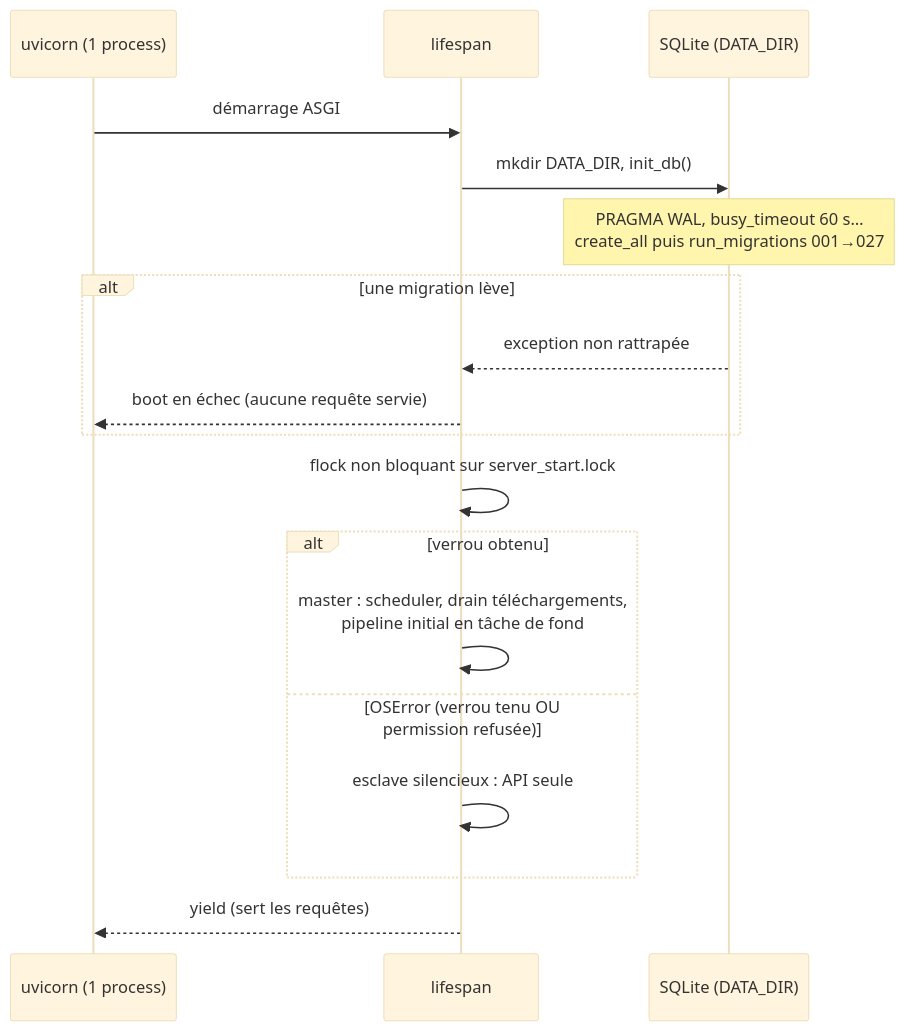
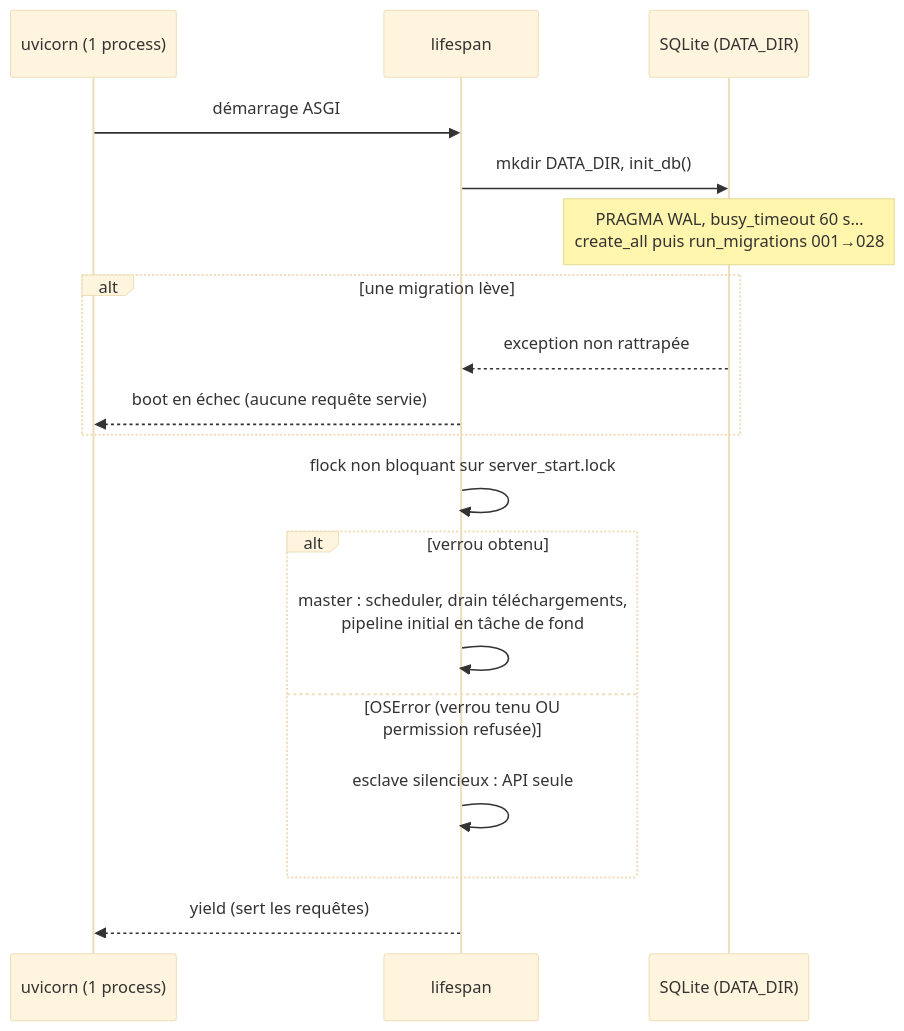
The third of 3 diagrams in docs/retro-spec/technique/build-release.md (ChakirHamzaChahid/Plexhub-Backend), drawn with Mermaid (base theme) before and after one commit. The commit also changed other lines of this file and 8 other files, not shown here.

````diff
--- a/docs/retro-spec/technique/build-release.md
+++ b/docs/retro-spec/technique/build-release.md
@@ -115,20 +115,20 @@
 ```mermaid
 sequenceDiagram
     participant U as uvicorn (1 process)
     participant L as lifespan
     participant DB as SQLite (DATA_DIR)
     U->>L: démarrage ASGI
     L->>DB: mkdir DATA_DIR, init_db()
-    Note over DB: PRAGMA WAL, busy_timeout 60 s…<br/>create_all puis run_migrations 001→027
+    Note over DB: PRAGMA WAL, busy_timeout 60 s…<br/>create_all puis run_migrations 001→028
     alt une migration lève
         DB-->>L: exception non rattrapée
         L-->>U: boot en échec (aucune requête servie)
     end
     L->>L: flock non bloquant sur server_start.lock
     alt verrou obtenu
         L->>L: master : scheduler, drain téléchargements,<br/>pipeline initial en tâche de fond
     else OSError (verrou tenu OU permission refusée)
         L->>L: esclave silencieux : API seule
     end
     L-->>U: yield (sert les requêtes)
 ```
````
